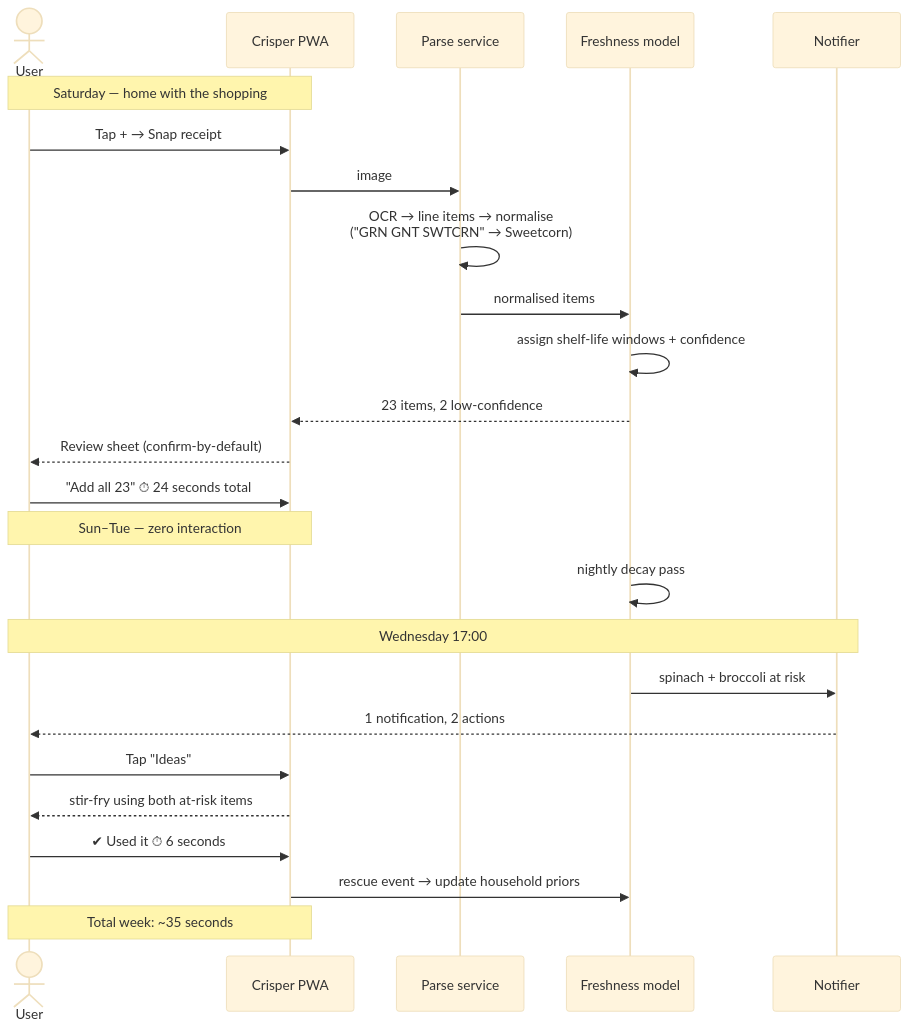
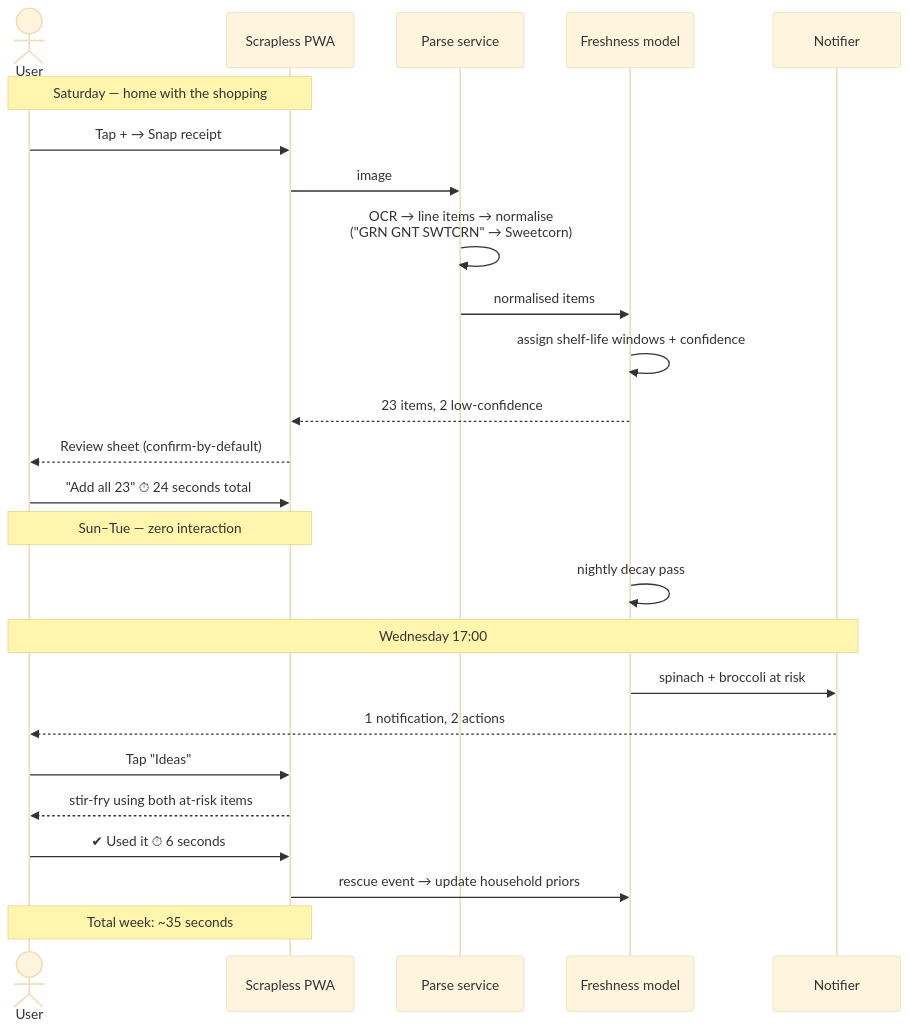
Before and after one commit to Zogoo/scrapless: the third of 3 diagrams in docs/04-ui-screens-flows.md, drawn with Mermaid (base theme). The commit also changed other lines of this file and 60 other files, not shown here.

````diff
--- a/docs/04-ui-screens-flows.md
+++ b/docs/04-ui-screens-flows.md
@@ -378,28 +378,28 @@
 ```mermaid
 sequenceDiagram
     actor U as User
-    participant A as Crisper PWA
+    participant A as Scrapless PWA
     participant P as Parse service
     participant M as Freshness model
     participant N as Notifier
 
     Note over U,A: Saturday — home with the shopping
     U->>A: Tap + → Snap receipt
     A->>P: image
     P->>P: OCR → line items → normalise<br/>("GRN GNT SWTCRN" → Sweetcorn)
     P->>M: normalised items
     M->>M: assign shelf-life windows + confidence
     M-->>A: 23 items, 2 low-confidence
     A-->>U: Review sheet (confirm-by-default)
     U->>A: "Add all 23"  ⏱ 24 seconds total
     Note over U,A: Sun–Tue — zero interaction
     M->>M: nightly decay pass
     Note over U,N: Wednesday 17:00
     M->>N: spinach + broccoli at risk
     N-->>U: 1 notification, 2 actions
     U->>A: Tap "Ideas"
     A-->>U: stir-fry using both at-risk items
     U->>A: ✔ Used it   ⏱ 6 seconds
     A->>M: rescue event → update household priors
     Note over U,A: Total week: ~35 seconds
 ```
````
